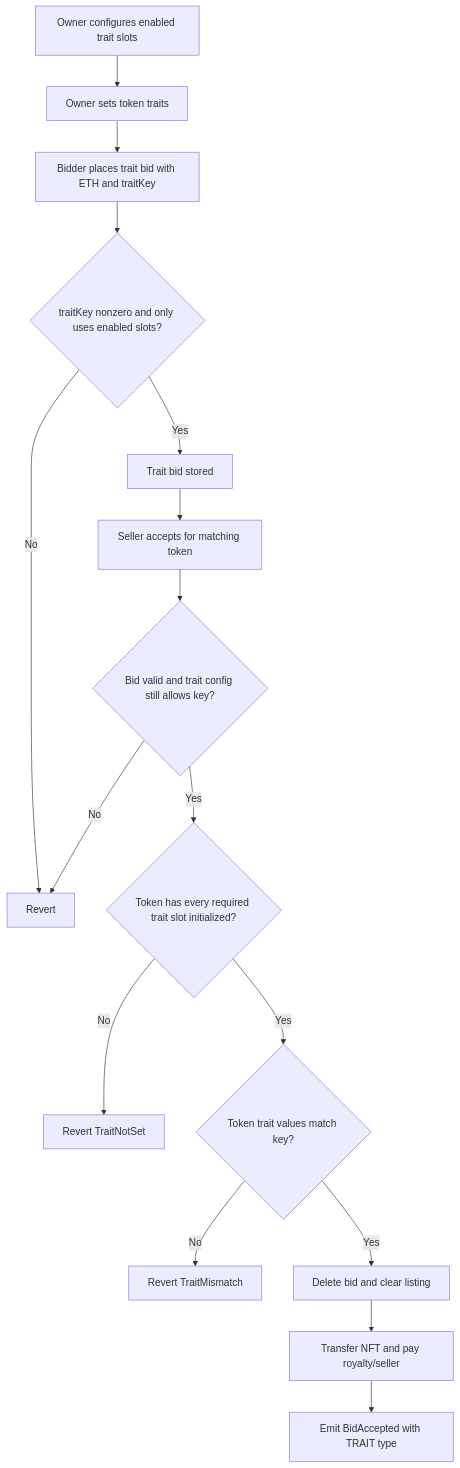
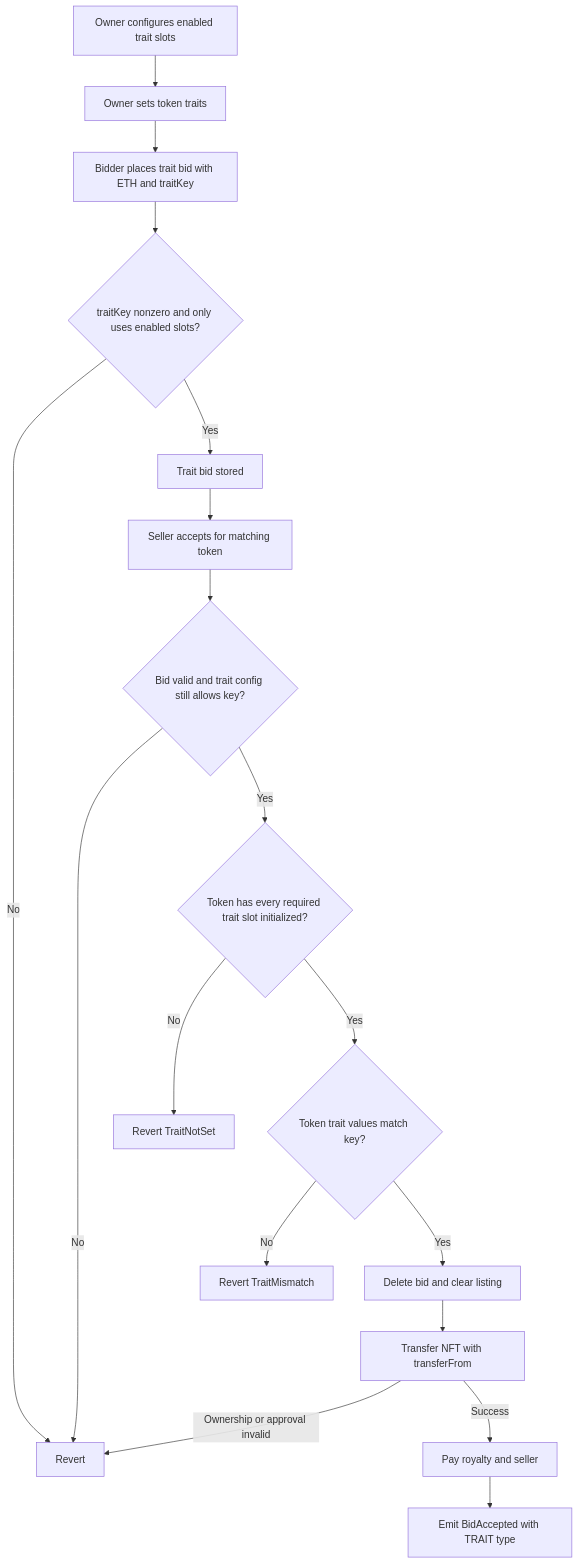
One commit to mpeyfuss/luci-market changed the fourth of 4 diagrams in README.md. Above: the diagram before and after it, drawn with Mermaid. The commit also changed other lines of this file, not shown here.

````diff
--- a/README.md
+++ b/README.md
@@ -100,18 +99,20 @@
 ```mermaid
 flowchart TD
     A[Owner configures enabled trait slots] --> B[Owner sets token traits]
     B --> C[Bidder places trait bid with ETH and traitKey]
     C --> D{traitKey nonzero and only uses enabled slots?}
     D -- No --> X[Revert]
     D -- Yes --> E[Trait bid stored]
     E --> F[Seller accepts for matching token]
     F --> G{Bid valid and trait config still allows key?}
     G -- No --> X
     G -- Yes --> H{Token has every required trait slot initialized?}
     H -- No --> Y[Revert TraitNotSet]
     H -- Yes --> I{Token trait values match key?}
     I -- No --> Z[Revert TraitMismatch]
     I -- Yes --> J[Delete bid and clear listing]
-    J --> K[Transfer NFT and pay royalty/seller]
-    K --> L[Emit BidAccepted with TRAIT type]
+    J --> K[Transfer NFT with transferFrom]
+    K -- Ownership or approval invalid --> X
+    K -- Success --> L[Pay royalty and seller]
+    L --> M[Emit BidAccepted with TRAIT type]
 ```
````
